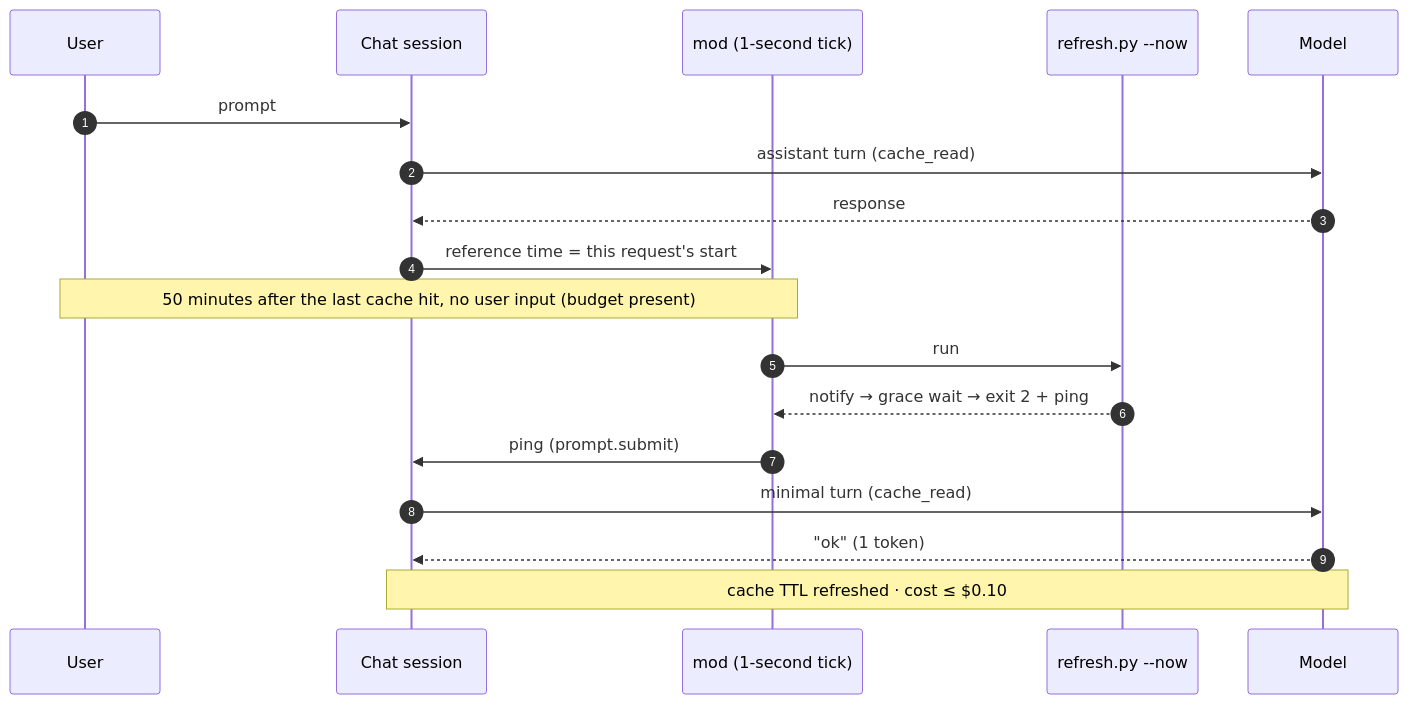
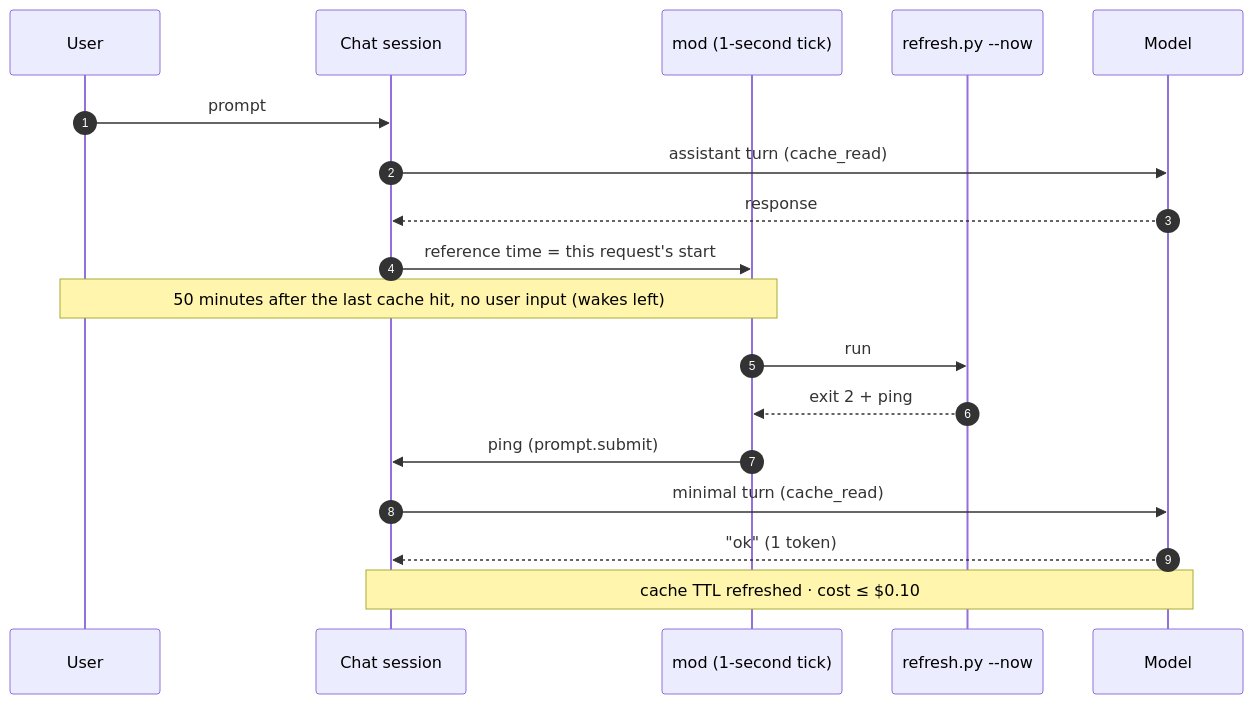
The diagram in README.en.md (token-keeper/cache-necromancer), drawn with Mermaid before and after one commit. The commit also changed other lines of this file and 45 other files, not shown here.

````diff
--- a/README.en.md
+++ b/README.en.md
@@ -151,24 +190,24 @@
 ```mermaid
 sequenceDiagram
     autonumber
     participant U as User
     participant C as Chat session
     participant H as mod (1-second tick)
     participant P as refresh.py --now
     participant M as Model
 
     U->>C: prompt
     C->>M: assistant turn (cache_read)
     M-->>C: response
     C->>H: reference time = this request's start
 
-    Note over U,H: 50 minutes after the last cache hit, no user input (budget present)
+    Note over U,H: 50 minutes after the last cache hit, no user input (wakes left)
 
     H->>P: run
-    P-->>H: notify → grace wait → exit 2 + ping
+    P-->>H: exit 2 + ping
     H->>C: ping (prompt.submit)
     C->>M: minimal turn (cache_read)
     M-->>C: "ok" (1 token)
 
     Note over C,M: cache TTL refreshed · cost ≤ $0.10
 ```
````
